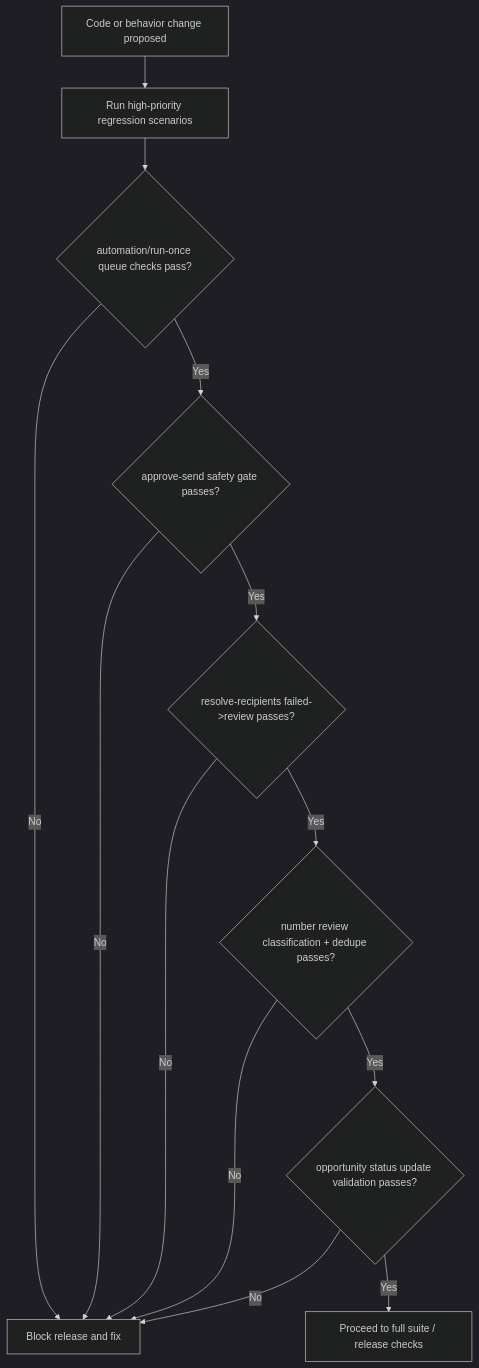
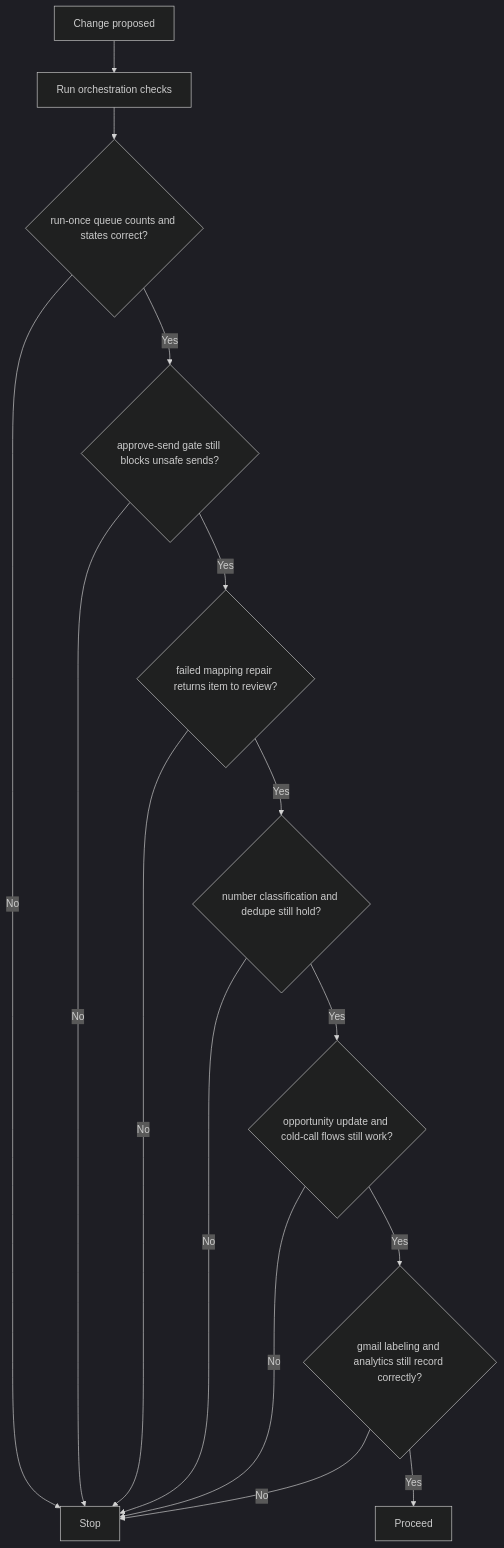
One commit to chaitanyadheeraj98/CODEJOB changed the diagram in docs/testcases.md. Above: the diagram before and after it, drawn with Mermaid (dark theme). The commit also changed other lines of this file and 8 other files, not shown here.

````diff
--- a/docs/testcases.md
+++ b/docs/testcases.md
@@ -24,15 +60,17 @@
 ```mermaid
 flowchart TD
-    A[Code or behavior change proposed] --> B[Run high-priority regression scenarios]
-    B --> C{automation/run-once queue checks pass?}
-    C -->|No| Z[Block release and fix]
-    C -->|Yes| D{approve-send safety gate passes?}
+    A[Change proposed] --> B[Run orchestration checks]
+    B --> C{run-once queue counts and states correct?}
+    C -->|No| Z[Stop]
+    C -->|Yes| D{approve-send gate still blocks unsafe sends?}
     D -->|No| Z
-    D -->|Yes| E{resolve-recipients failed->review passes?}
+    D -->|Yes| E{failed mapping repair returns item to review?}
     E -->|No| Z
-    E -->|Yes| F{number review classification + dedupe passes?}
+    E -->|Yes| F{number classification and dedupe still hold?}
     F -->|No| Z
-    F -->|Yes| G{opportunity status update validation passes?}
+    F -->|Yes| G{opportunity update and cold-call flows still work?}
     G -->|No| Z
-    G -->|Yes| H[Proceed to full suite / release checks]
+    G -->|Yes| H{gmail labeling and analytics still record correctly?}
+    H -->|No| Z
+    H -->|Yes| I[Proceed]
 ```
````
